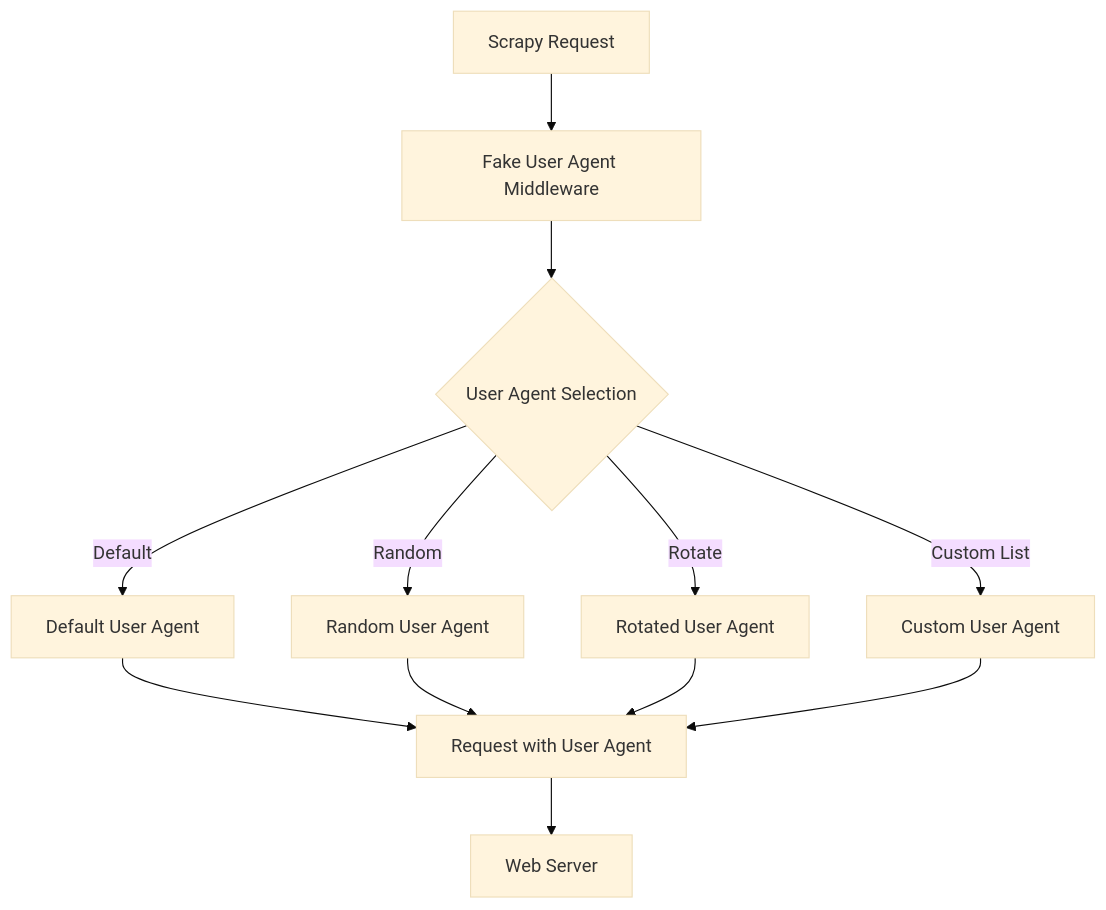
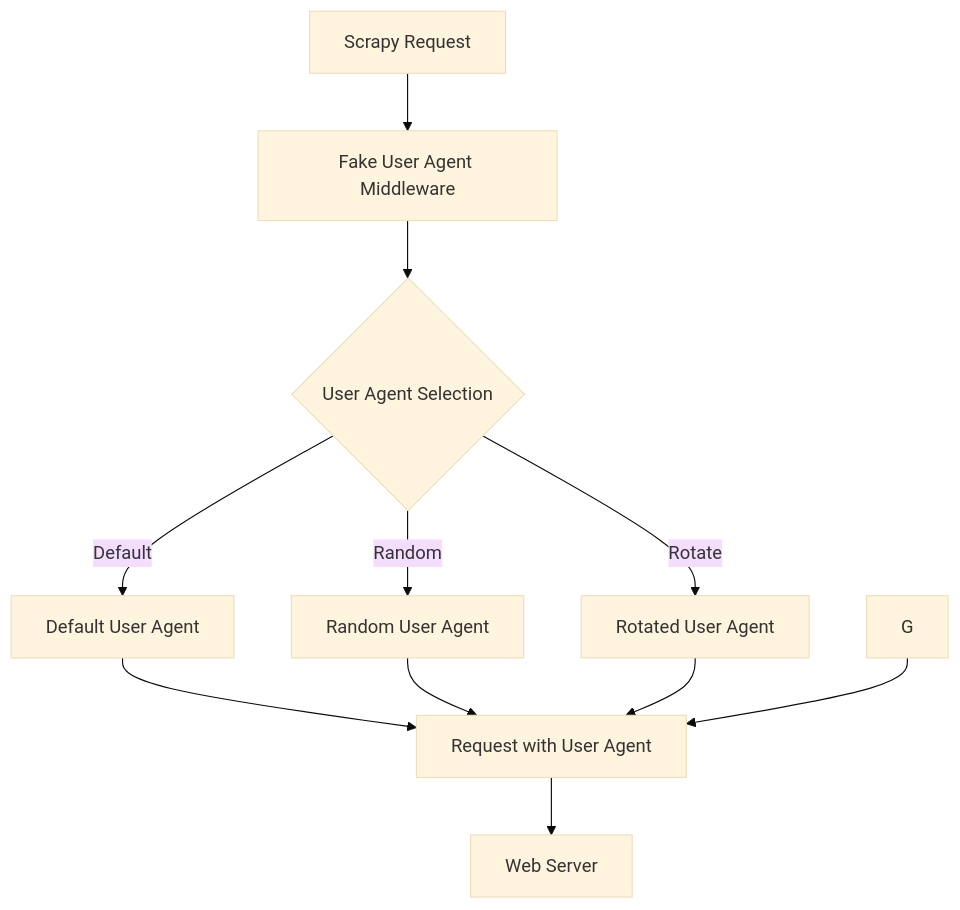
The diagram in src/content/articles/00006-scrapy-web-fake-user-agent-management/index.mdx (joe41203/code-kitchen), drawn with Mermaid (base theme) before and after one commit. The commit also changed other lines of this file, not shown here.

````diff
--- a/src/content/articles/00006-scrapy-web-fake-user-agent-management/index.mdx
+++ b/src/content/articles/00006-scrapy-web-fake-user-agent-management/index.mdx
@@ -148,14 +180,13 @@
 ```mermaid
 graph TB
     A[Scrapy Request] --> B[Fake User Agent Middleware]
     B --> C{User Agent Selection}
     C -->|Default| D[Default User Agent]
     C -->|Random| E[Random User Agent]
     C -->|Rotate| F[Rotated User Agent]
-    C -->|Custom List| G[Custom User Agent]
     D --> H[Request with User Agent]
     E --> H
     F --> H
     G --> H
     H --> I[Web Server]
 ```
````
